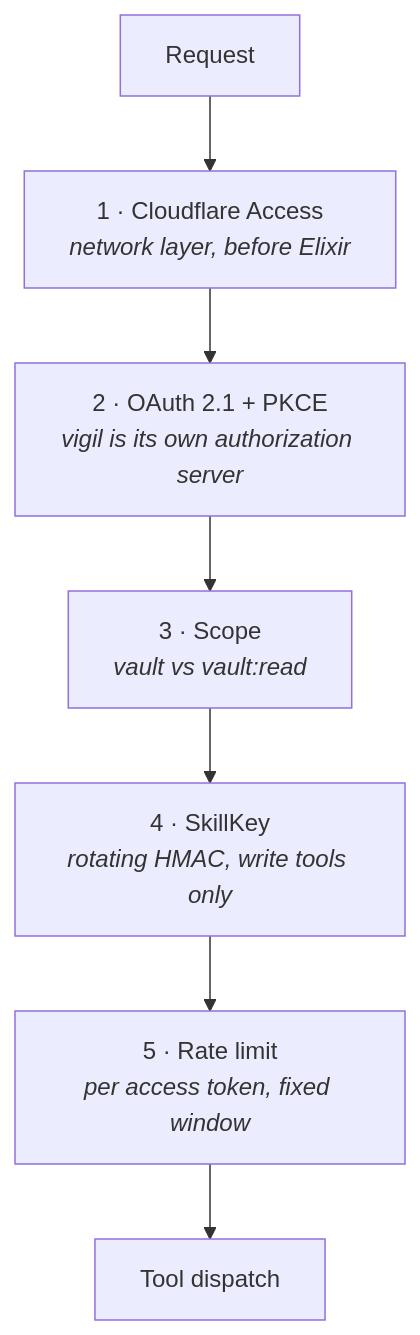
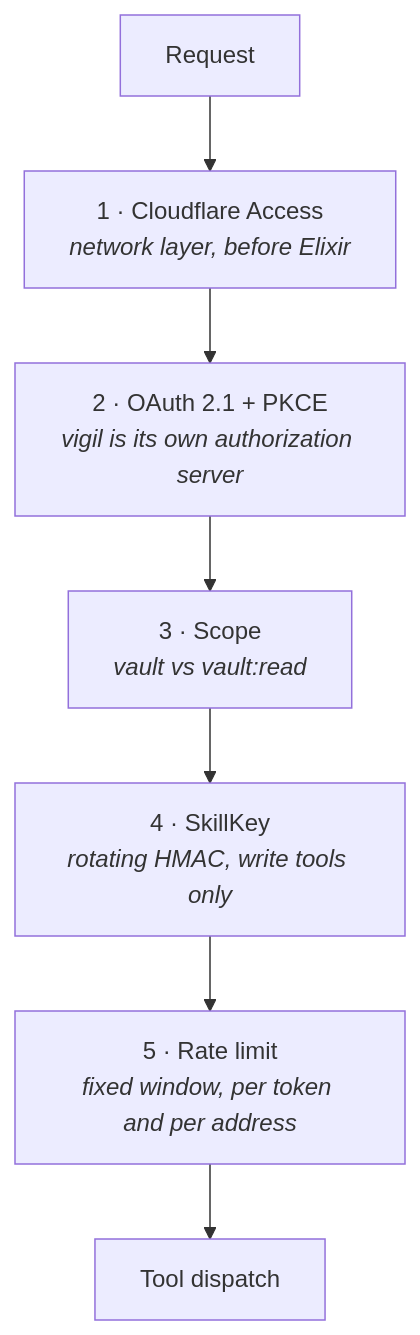
Before and after one commit to 64x-lunicorn/vigil: the sixth of 6 diagrams in docs/guide.md, drawn with Mermaid. The commit also changed other lines of this file and 22 other files, not shown here.

````diff
--- a/docs/guide.md
+++ b/docs/guide.md
@@ -354,9 +354,9 @@
 ```mermaid
 flowchart TB
     R["Request"] --> L1["1 · Cloudflare Access<br/><i>network layer, before Elixir</i>"]
     L1 --> L2["2 · OAuth 2.1 + PKCE<br/><i>vigil is its own authorization server</i>"]
     L2 --> L3["3 · Scope<br/><i>vault vs vault:read</i>"]
     L3 --> L4["4 · SkillKey<br/><i>rotating HMAC, write tools only</i>"]
-    L4 --> L5["5 · Rate limit<br/><i>per access token, fixed window</i>"]
+    L4 --> L5["5 · Rate limit<br/><i>fixed window, per token and per address</i>"]
     L5 --> OK["Tool dispatch"]
 ```
````
